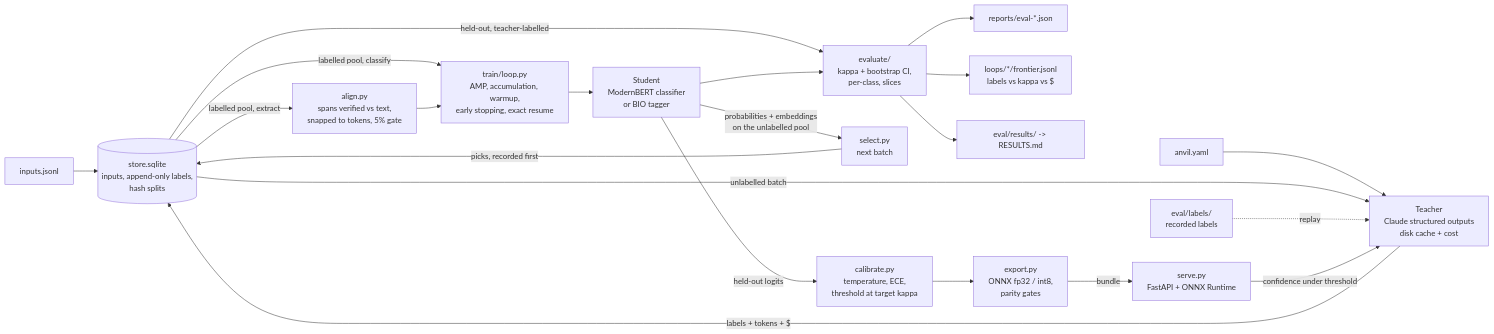
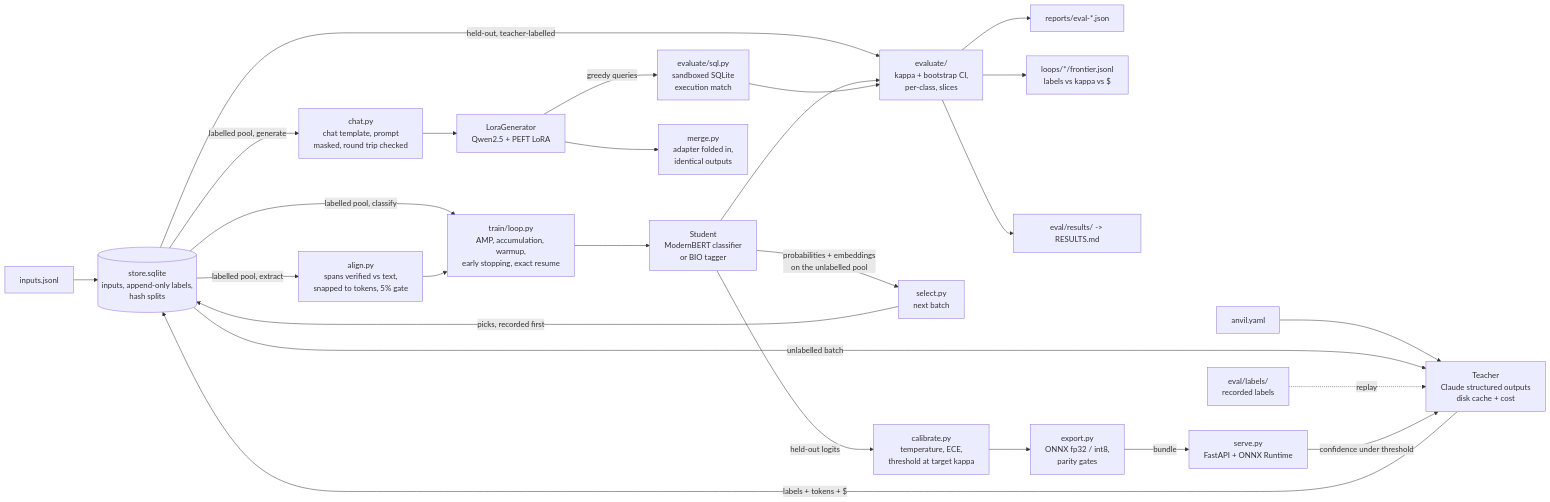
Before and after one commit to TheAsianFish/anvil: the diagram in README.md, drawn with Mermaid. The commit also changed other lines of this file and 50 other files, not shown here.

First line of the commit message:
M6: Generation student — `LoraGenerator` on Qwen2.5-0.5B-Instruct with PEFT through the same loop, chat-temp (#7)

````diff
--- a/README.md
+++ b/README.md
@@ -174,23 +203,28 @@
 ```mermaid
 flowchart LR
     I[inputs.jsonl] --> ST[(store.sqlite<br/>inputs, append-only labels,<br/>hash splits)]
     SPEC[anvil.yaml] --> T
     ST -->|unlabelled batch| T[Teacher<br/>Claude structured outputs<br/>disk cache + cost]
     T -->|labels + tokens + $| ST
     ST -->|labelled pool, classify| TR[train/loop.py<br/>AMP, accumulation, warmup,<br/>early stopping, exact resume]
     ST -->|labelled pool, extract| AL[align.py<br/>spans verified vs text,<br/>snapped to tokens, 5% gate]
     AL --> TR
     TR --> S[Student<br/>ModernBERT classifier<br/>or BIO tagger]
     ST -->|held-out, teacher-labelled| EV[evaluate/<br/>kappa + bootstrap CI,<br/>per-class, slices]
     S --> EV
     EV --> R[reports/eval-*.json]
     S -->|probabilities + embeddings<br/>on the unlabelled pool| SEL[select.py<br/>next batch]
     SEL -->|picks, recorded first| ST
     EV --> FR[loops/*/frontier.jsonl<br/>labels vs kappa vs $]
     LF[eval/labels/<br/>recorded labels] -.->|replay| T
     EV --> RES[eval/results/ -> RESULTS.md]
     S -->|held-out logits| CAL[calibrate.py<br/>temperature, ECE,<br/>threshold at target kappa]
     CAL --> EX[export.py<br/>ONNX fp32 / int8,<br/>parity gates]
     EX -->|bundle| SV[serve.py<br/>FastAPI + ONNX Runtime]
     SV -->|confidence under threshold| T
+    ST -->|labelled pool, generate| CH[chat.py<br/>chat template, prompt<br/>masked, round trip checked]
+    CH --> LG[LoraGenerator<br/>Qwen2.5 + PEFT LoRA]
+    LG -->|greedy queries| SQ[evaluate/sql.py<br/>sandboxed SQLite<br/>execution match]
+    SQ --> EV
+    LG --> MG[merge.py<br/>adapter folded in,<br/>identical outputs]
 ```
````
